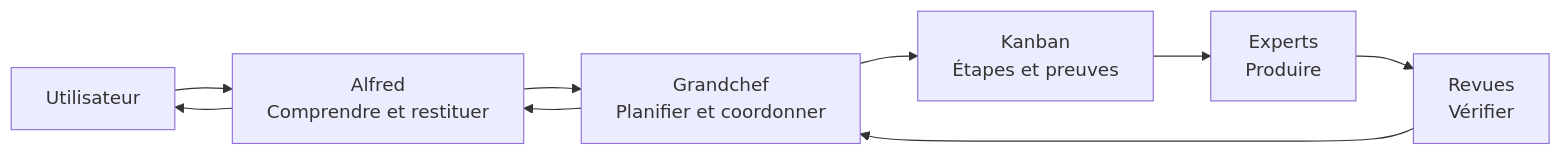
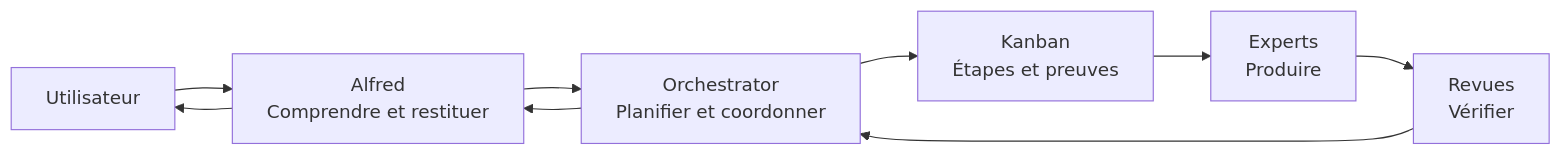
One commit to nicolastheuil/project-alfred changed the diagram in README.md. Above: the diagram before and after it, drawn with Mermaid. The commit also changed other lines of this file and 11 other files, not shown here.

````diff
--- a/README.md
+++ b/README.md
@@ -21,11 +22,11 @@
 ```mermaid
 flowchart LR
     U[Utilisateur] --> A[Alfred<br/>Comprendre et restituer]
-    A --> G[Grandchef<br/>Planifier et coordonner]
+    A --> G[Orchestrator<br/>Planifier et coordonner]
     G --> K[Kanban<br/>Étapes et preuves]
     K --> E[Experts<br/>Produire]
     E --> V[Revues<br/>Vérifier]
     V --> G
     G --> A
     A --> U
 ```
````
